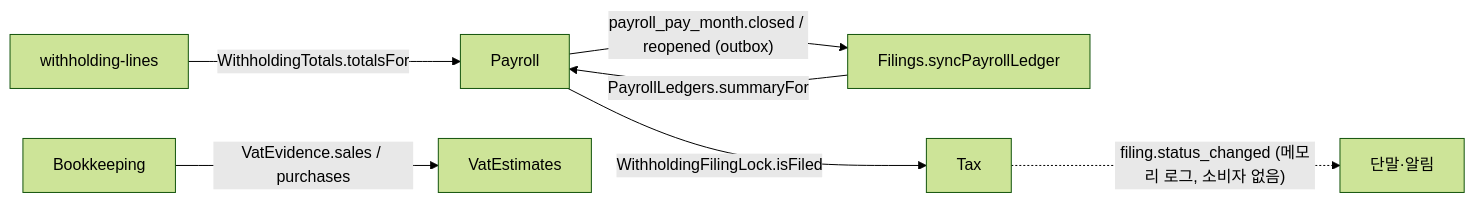
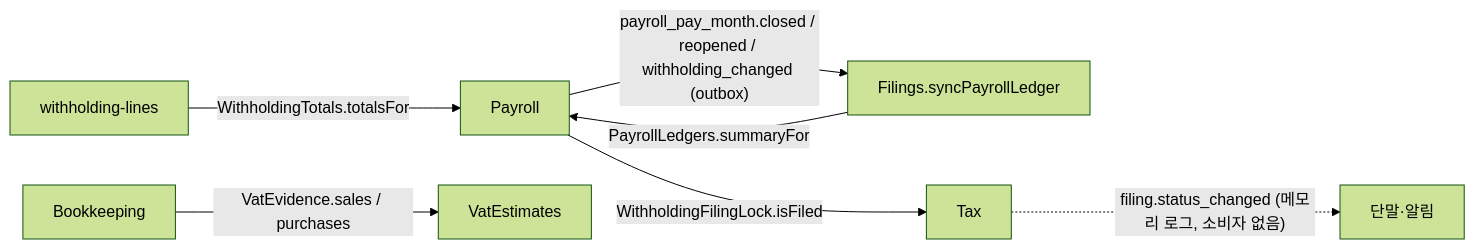
The second of 2 diagrams in docs/design/tax.md (cbcruk/semu), drawn with Mermaid (forest theme) before and after one commit. The commit also changed other lines of this file and 7 other files, not shown here.

````diff
--- a/docs/design/tax.md
+++ b/docs/design/tax.md
@@ -319,9 +320,9 @@
 ```mermaid
 flowchart LR
-  PAY[Payroll] -- payroll_pay_month.closed / reopened (outbox) --> SYNC[Filings.syncPayrollLedger]
+  PAY[Payroll] -- payroll_pay_month.closed / reopened / withholding_changed (outbox) --> SYNC[Filings.syncPayrollLedger]
   SYNC -- PayrollLedgers.summaryFor --> PAY
   LINES[withholding-lines] -- WithholdingTotals.totalsFor --> PAY
   BK[Bookkeeping] -- VatEvidence.sales / purchases --> VAT[VatEstimates]
   PAY -- WithholdingFilingLock.isFiled --> TAX[Tax]
   TAX -. "filing.status_changed (메모리 로그, 소비자 없음)" .-> OUT[단말·알림]
 ```
````
